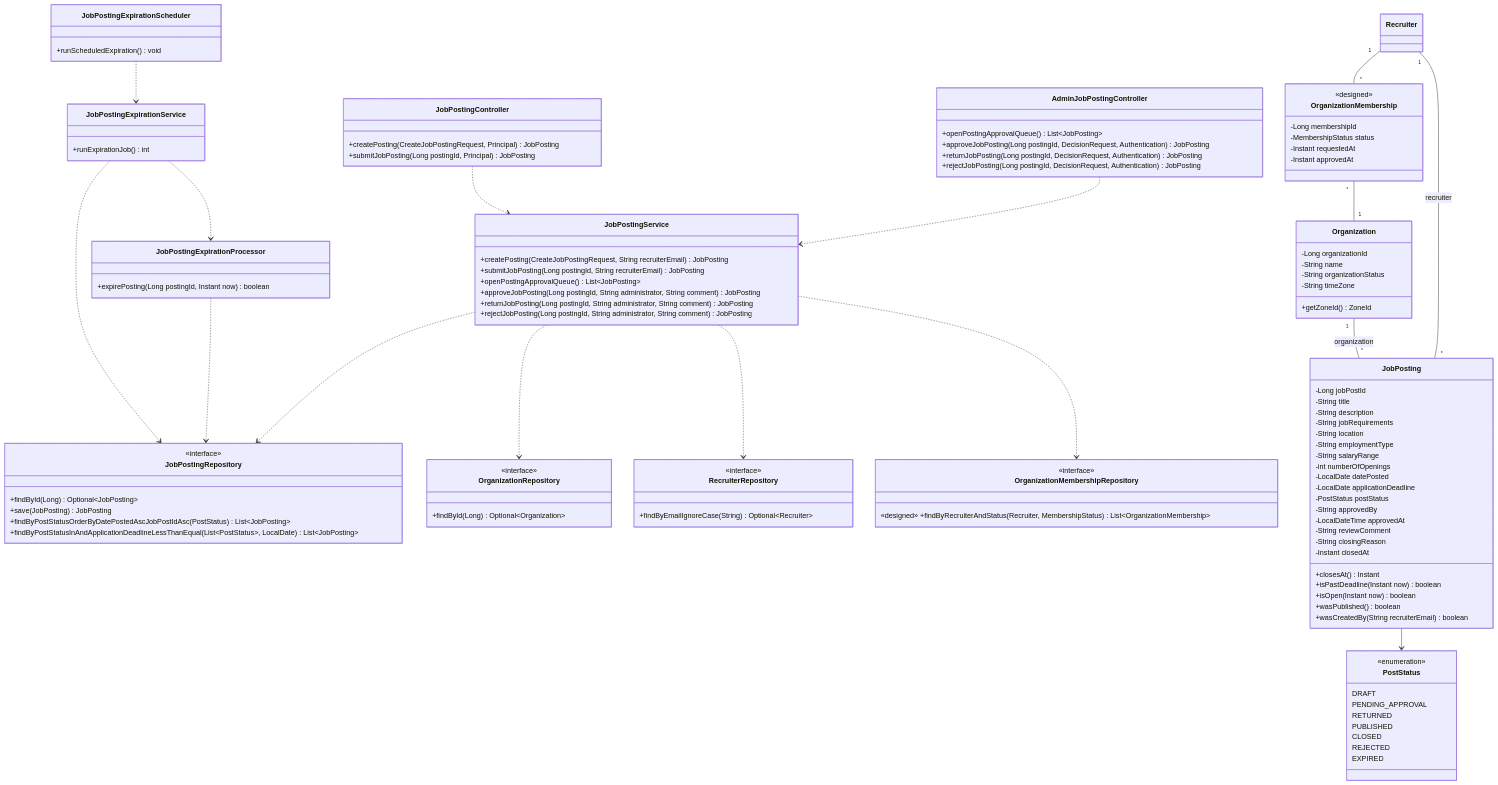
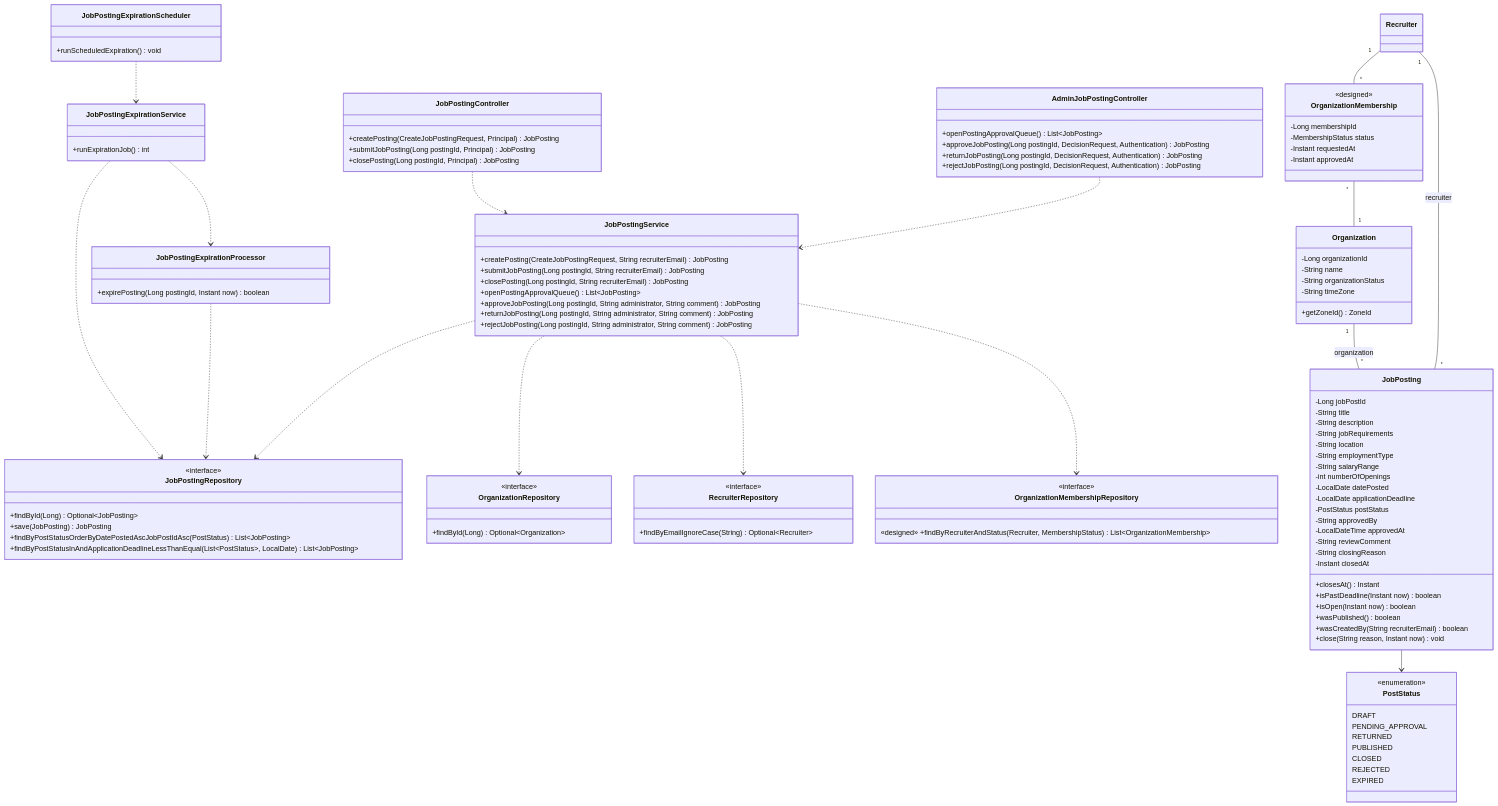
Diagram 12 of 12 in spec/design.md (berdyshevol/careerbridge-csi5324), drawn with Mermaid before and after one commit. The commit also changed other lines of this file and 1 other file, not shown here.

First line of the commit message:
SCRUM-214 SD-11b and test cases for a recruiter closing a posting

```diff
--- a/spec/design.md
+++ b/spec/design.md
@@ -599,6 +649,7 @@
     class JobPostingController {
         +createPosting(CreateJobPostingRequest, Principal) JobPosting
         +submitJobPosting(Long postingId, Principal) JobPosting
+        +closePosting(Long postingId, Principal) JobPosting
     }
     class AdminJobPostingController {
         +openPostingApprovalQueue() List~JobPosting~
@@ -609,6 +660,7 @@
     class JobPostingService {
         +createPosting(CreateJobPostingRequest, String recruiterEmail) JobPosting
         +submitJobPosting(Long postingId, String recruiterEmail) JobPosting
+        +closePosting(Long postingId, String recruiterEmail) JobPosting
         +openPostingApprovalQueue() List~JobPosting~
         +approveJobPosting(Long postingId, String administrator, String comment) JobPosting
         +returnJobPosting(Long postingId, String administrator, String comment) JobPosting
@@ -664,6 +716,7 @@
         +isOpen(Instant now) boolean
         +wasPublished() boolean
         +wasCreatedBy(String recruiterEmail) boolean
+        +close(String reason, Instant now) void
     }
     class Organization {
         -Long organizationId
```
